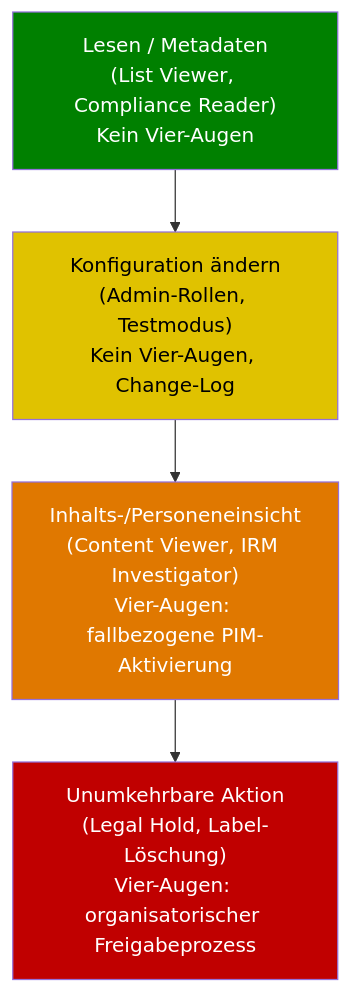
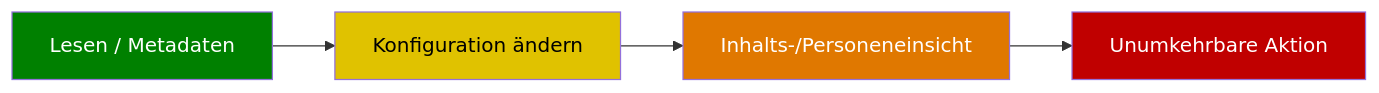
The seventh of 10 diagrams in Roadmap/Visualisierungen.md (WeissiEfficiency/Purview), drawn with Mermaid before and after one commit. The commit also changed other lines of this file, not shown here.

Commit message:
Roadmap: Visualisierungen ueberarbeitet - technische Fehler behoben, RACI als Tabelle, klarere Layouts

````diff
--- a/Roadmap/Visualisierungen.md
+++ b/Roadmap/Visualisierungen.md
@@ -137,11 +129,11 @@
 ```mermaid
-flowchart TD
-    Read["Lesen / Metadaten<br/>(List Viewer, Compliance Reader)<br/>Kein Vier-Augen"] --> Config["Konfiguration ändern<br/>(Admin-Rollen, Testmodus)<br/>Kein Vier-Augen, Change-Log"]
-    Config --> Content["Inhalts-/Personeneinsicht<br/>(Content Viewer, IRM Investigator)<br/>Vier-Augen: fallbezogene PIM-Aktivierung"]
-    Content --> Critical["Unumkehrbare Aktion<br/>(Legal Hold, Label-Löschung)<br/>Vier-Augen: organisatorischer Freigabeprozess"]
+flowchart LR
+    Read["Lesen / Metadaten"] --> Config["Konfiguration ändern"]
+    Config --> Content["Inhalts-/Personeneinsicht"]
+    Content --> Critical["Unumkehrbare Aktion"]
 
     style Read fill:#008000,color:#fff
     style Config fill:#e0c200,color:#000
     style Content fill:#e07800,color:#fff
     style Critical fill:#c00000,color:#fff
 ```
````
